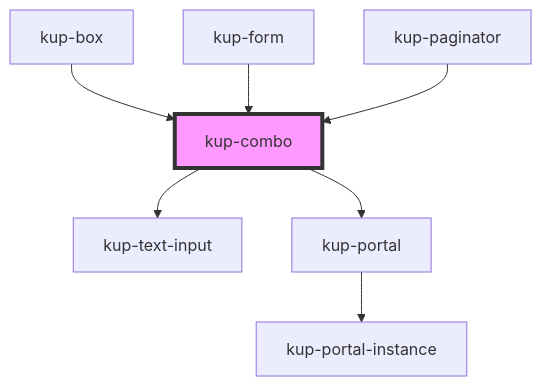
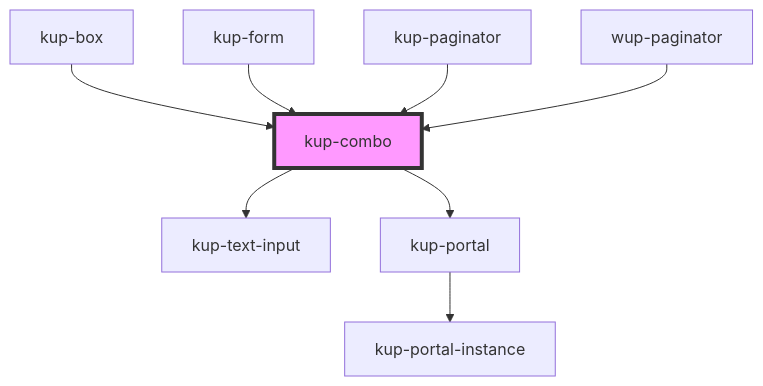
Before and after one commit to smeup/ketchup: the diagram in packages/ketchup/src/components/kup-combo/readme.md, drawn with Mermaid. The commit also changed other lines of this file and 7 other files, not shown here.

````diff
--- a/packages/ketchup/src/components/kup-combo/readme.md
+++ b/packages/ketchup/src/components/kup-combo/readme.md
@@ -91,10 +92,11 @@
 ```mermaid
 graph TD;
   kup-combo --> kup-text-input
   kup-combo --> kup-portal
   kup-portal --> kup-portal-instance
   kup-box --> kup-combo
   kup-form --> kup-combo
   kup-paginator --> kup-combo
+  wup-paginator --> kup-combo
   style kup-combo fill:#f9f,stroke:#333,stroke-width:4px
 ```
````
